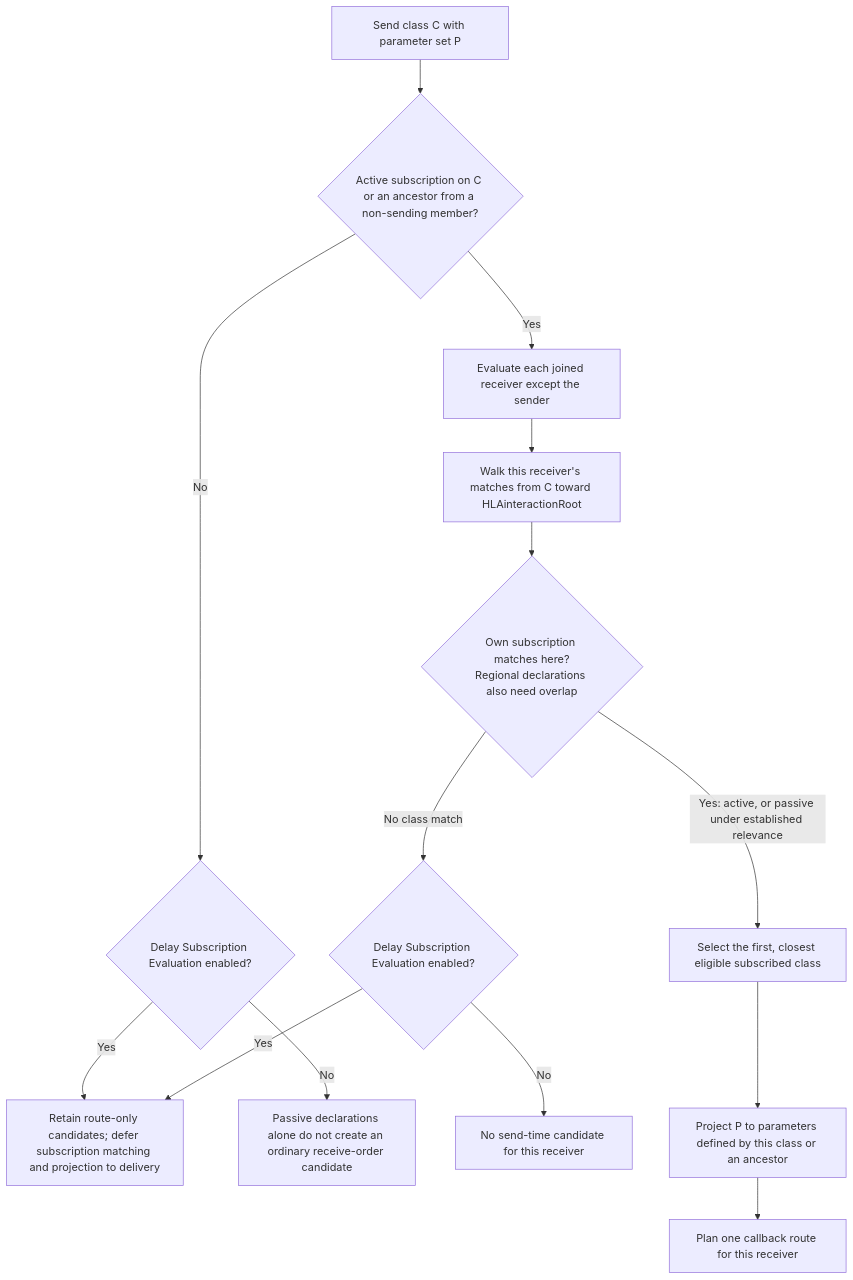
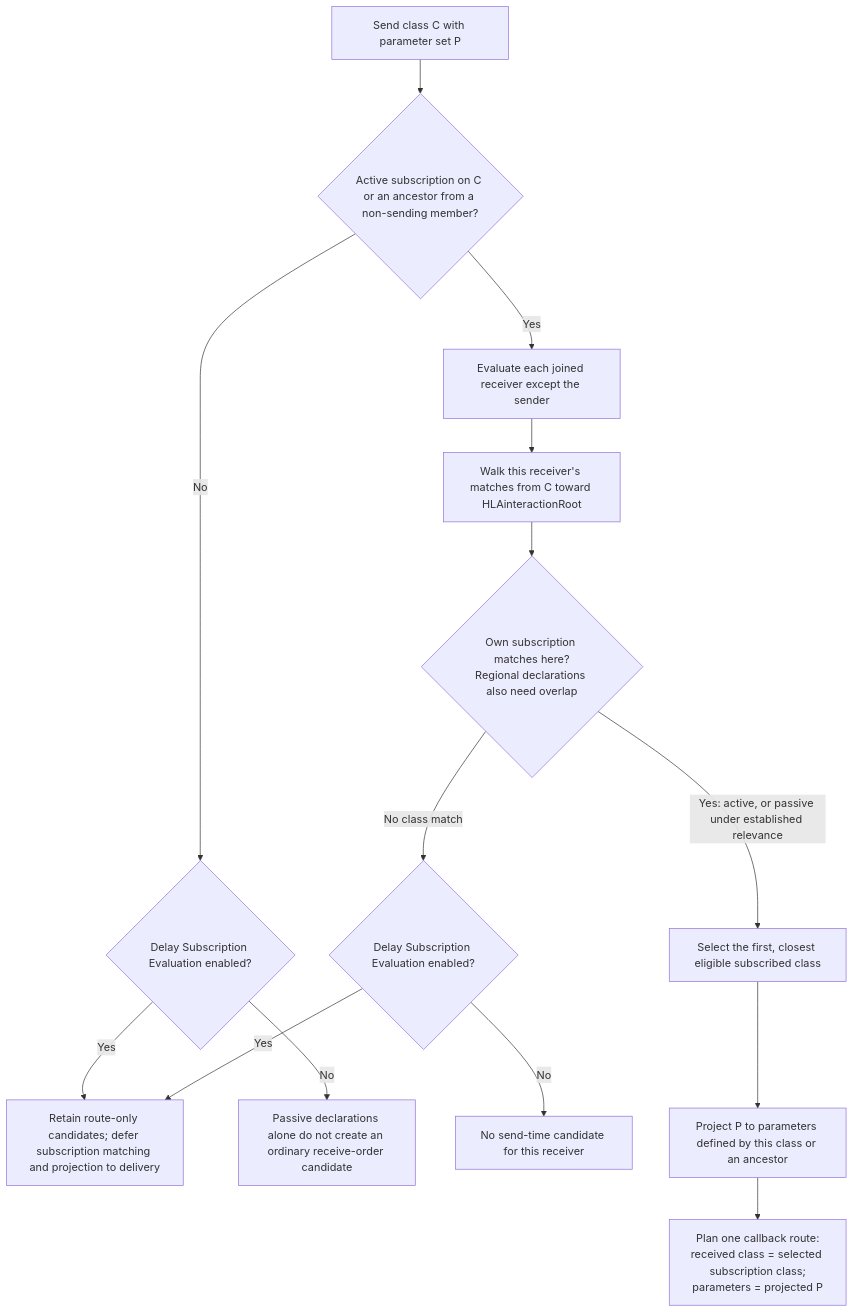
Diagram 11 of 24 in docs/design/HLA-2025-OBJECT-AND-INTERACTION-INFORMATION-FLOW-GUIDE.md (sheepfling/umbra), drawn with Mermaid before and after one commit. The commit also changed other lines of this file and 822 other files, not shown here.

````diff
--- a/docs/design/HLA-2025-OBJECT-AND-INTERACTION-INFORMATION-FLOW-GUIDE.md
+++ b/docs/design/HLA-2025-OBJECT-AND-INTERACTION-INFORMATION-FLOW-GUIDE.md
@@ -348,16 +792,16 @@
 ```mermaid
 flowchart TD
   Send["Send class C with parameter set P"] --> Relevance{"Active subscription on C or an ancestor from a non-sending member?"}
   Relevance -->|No| DseWithoutRelevance{"Delay Subscription Evaluation enabled?"}
   DseWithoutRelevance -->|Yes| Deferred["Retain route-only candidates; defer subscription matching and projection to delivery"]
   DseWithoutRelevance -->|No| PassiveOnly["Passive declarations alone do not create an ordinary receive-order candidate"]
   Relevance -->|Yes| Receivers["Evaluate each joined receiver except the sender"]
   Receivers --> Walk["Walk this receiver's matches from C toward HLAinteractionRoot"]
   Walk --> Match{"Own subscription matches here?<br/>Regional declarations also need overlap"}
   Match -->|No class match| DseWithoutMatch{"Delay Subscription Evaluation enabled?"}
   DseWithoutMatch -->|Yes| Deferred
   DseWithoutMatch -->|No| NoCandidate["No send-time candidate for this receiver"]
   Match -->|Yes: active, or passive under established relevance| Closest["Select the first, closest eligible subscribed class"]
   Closest --> Project["Project P to parameters defined by this class or an ancestor"]
-  Project --> One["Plan one callback route for this receiver"]
+  Project --> One["Plan one callback route:<br/>received class = selected subscription class;<br/>parameters = projected P"]
 ```
````
